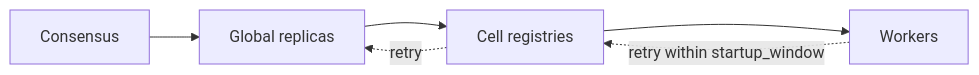
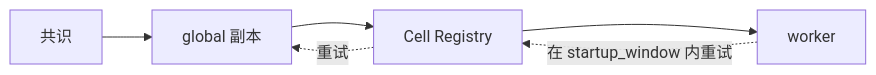
Before and after one commit to HSPK/tinyray: the diagram in docs/05-operations/01-deployment.md, drawn with Mermaid. The commit also changed other lines of this file and 33 other files, not shown here.

````diff
--- a/docs/05-operations/01-deployment.md
+++ b/docs/05-operations/01-deployment.md
@@ -42,8 +40,8 @@
 ```mermaid
 flowchart LR
-    A[Consensus] --> B[Global replicas]
-    B --> C[Cell registries]
-    C --> D[Workers]
-    D -.retry within startup_window.-> C
-    C -.retry.-> B
+    A[共识] --> B[global 副本]
+    B --> C[Cell Registry]
+    C --> D[worker]
+    D -.在 startup_window 内重试.-> C
+    C -.重试.-> B
 ```
````
